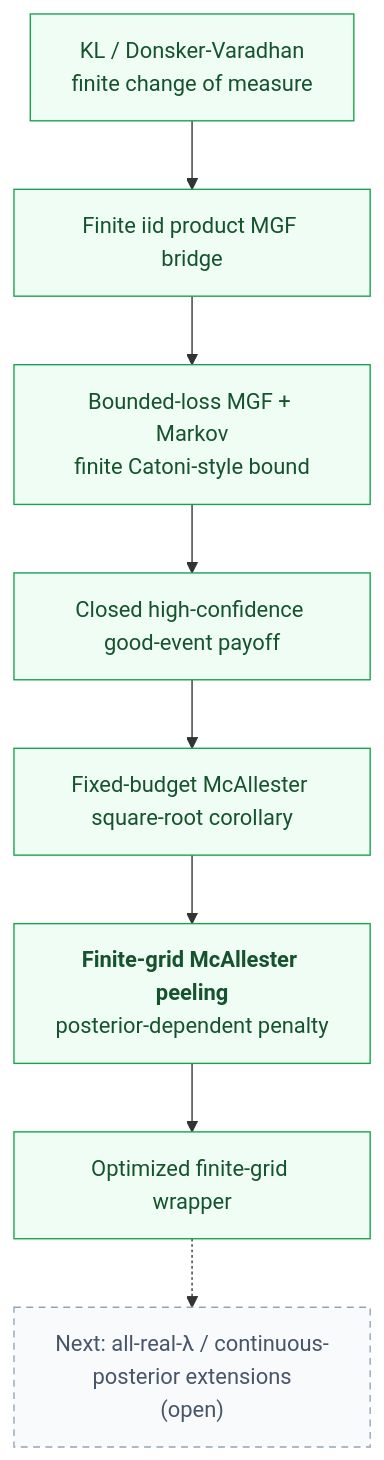
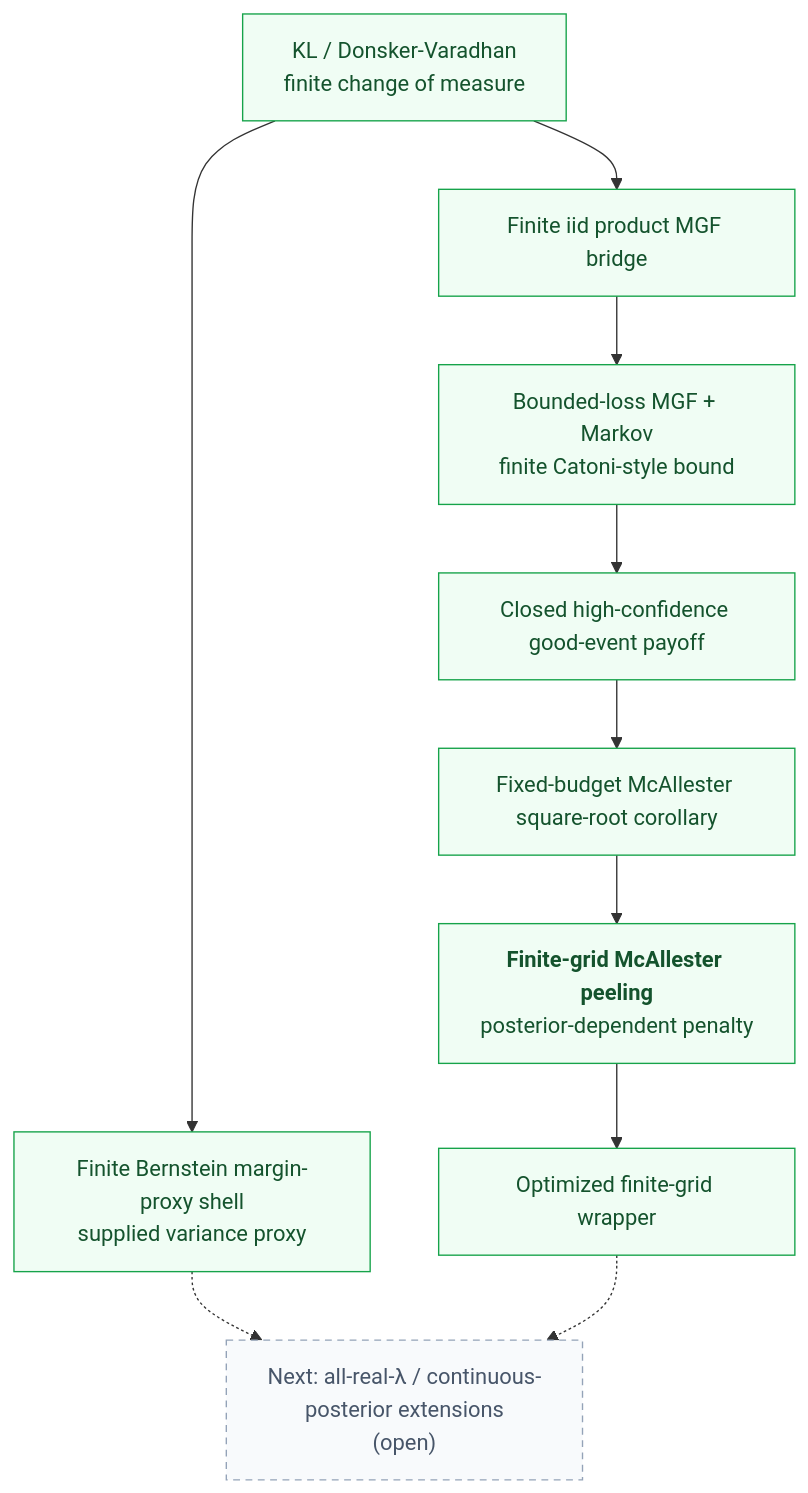
The sixth of 7 diagrams in docs/diagrams.md (Robby955/FormalSLT), drawn with Mermaid before and after one commit. The commit also changed other lines of this file and 9 other files, not shown here.

Commit message:
Add PAC-Bayes Bernstein margin proxy shell (#75)

````diff
--- a/docs/diagrams.md
+++ b/docs/diagrams.md
@@ -190,19 +192,22 @@
 ```mermaid
 flowchart TD
     kl["KL / Donsker-Varadhan<br/>finite change of measure"]
     mgf["Finite iid product MGF bridge"]
     catoni["Bounded-loss MGF + Markov<br/>finite Catoni-style bound"]
     payoff["Closed high-confidence good-event payoff"]
     fixed["Fixed-budget McAllester square-root corollary"]
     peeling["<b>Finite-grid McAllester peeling</b><br/>posterior-dependent penalty"]
     optimized["Optimized finite-grid wrapper"]
+    bernstein["Finite Bernstein margin-proxy shell<br/>supplied variance proxy"]
     future["Next: all-real-λ / continuous-posterior extensions<br/>(open)"]
 
     kl --> mgf --> catoni --> payoff --> fixed --> peeling --> optimized
+    kl --> bernstein
+    bernstein -.-> future
     optimized -.-> future
 
     classDef verified fill:#f0fdf4,stroke:#16a34a,color:#14532d;
     classDef future fill:#f8fafc,stroke:#94a3b8,color:#475569,stroke-dasharray: 5 4;
-    class kl,mgf,catoni,payoff,fixed,peeling,optimized verified;
+    class kl,mgf,catoni,payoff,fixed,peeling,optimized,bernstein verified;
     class future future;
 ```
````
